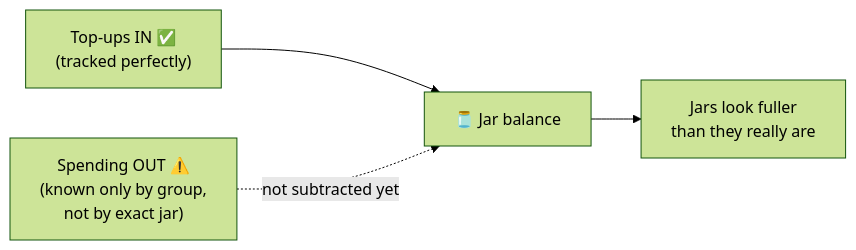
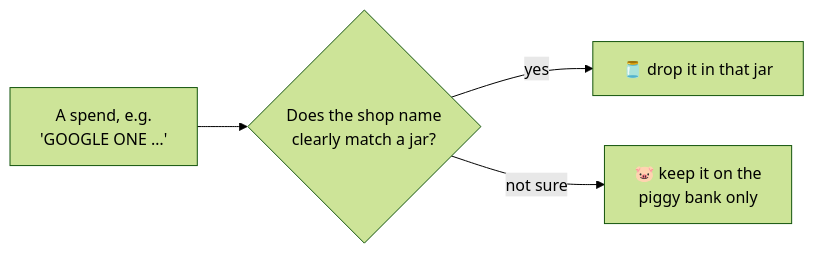
One commit to maskit89/ZeroBudget changed the seventh of 7 diagrams in tools/ZeroBudget.Importer/README.md. Above: the diagram before and after it, drawn with Mermaid (forest theme). The commit also changed other lines of this file and 2 other files, not shown here.

````diff
--- a/tools/ZeroBudget.Importer/README.md
+++ b/tools/ZeroBudget.Importer/README.md
@@ -174,6 +177,6 @@
 ```mermaid
 flowchart LR
-    IN["Top-ups IN ✅<br/>(tracked perfectly)"] --> JAR["🫙 Jar balance"]
-    OUT["Spending OUT ⚠️<br/>(known only by group,<br/>not by exact jar)"] -. "not subtracted yet" .-> JAR
-    JAR --> LOOK["Jars look fuller<br/>than they really are"]
+    OUT["A spend, e.g.<br/>'GOOGLE ONE …'"] --> Q{"Does the shop name<br/>clearly match a jar?"}
+    Q -- "yes" --> JAR["🫙 drop it in that jar"]
+    Q -- "not sure" --> BANK["🐷 keep it on the<br/>piggy bank only"]
 ```
````
